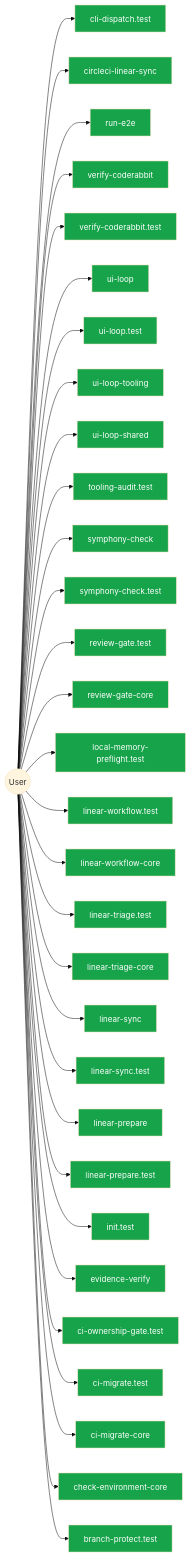
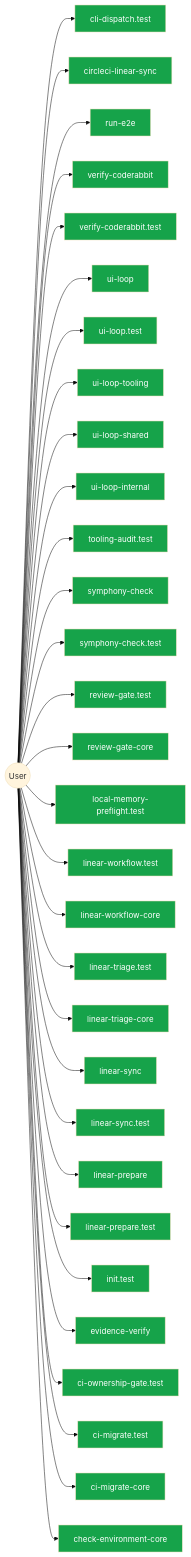
Diagram 14 of 14 in AI/context/diagram-context.md (jscraik/coding-harness), drawn with Mermaid (base theme) before and after one commit. The commit also changed other lines of this file, not shown here.

First line of the commit message:
docs(diagram): refresh architecture context artifacts

````diff
--- a/AI/context/diagram-context.md
+++ b/AI/context/diagram-context.md
@@ -1934,67 +1933,67 @@
 ```mermaid
 flowchart LR
   User(("User"))
   cli_dispatch_test_54c9f17b["cli-dispatch.test"]
   User --> cli_dispatch_test_54c9f17b
   circleci_linear_sync_19c0d6da["circleci-linear-sync"]
   User --> circleci_linear_sync_19c0d6da
   run_e2e_39efe696["run-e2e"]
   User --> run_e2e_39efe696
   verify_coderabbit_490b4e71["verify-coderabbit"]
   User --> verify_coderabbit_490b4e71
   verify_coderabbit_test_46cfcf29["verify-coderabbit.test"]
   User --> verify_coderabbit_test_46cfcf29
   ui_loop_11660889["ui-loop"]
   User --> ui_loop_11660889
   ui_loop_test_f0eabc42["ui-loop.test"]
   User --> ui_loop_test_f0eabc42
   ui_loop_tooling_12b2d2c7["ui-loop-tooling"]
   User --> ui_loop_tooling_12b2d2c7
   ui_loop_shared_8c83b841["ui-loop-shared"]
   User --> ui_loop_shared_8c83b841
+  ui_loop_internal_f2eb8892["ui-loop-internal"]
+  User --> ui_loop_internal_f2eb8892
   tooling_audit_test_d2aee28c["tooling-audit.test"]
   User --> tooling_audit_test_d2aee28c
   symphony_check_e97f2ea0["symphony-check"]
   User --> symphony_check_e97f2ea0
   symphony_check_test_6cb33eb2["symphony-check.test"]
   User --> symphony_check_test_6cb33eb2
   review_gate_test_000e2ed6["review-gate.test"]
   User --> review_gate_test_000e2ed6
   review_gate_core_4c8001f9["review-gate-core"]
   User --> review_gate_core_4c8001f9
   local_memory_preflight_test_5e323bbf["local-memory-preflight.test"]
   User --> local_memory_preflight_test_5e323bbf
   linear_workflow_test_a351dcb0["linear-workflow.test"]
   User --> linear_workflow_test_a351dcb0
   linear_workflow_core_0e19cff4["linear-workflow-core"]
   User --> linear_workflow_core_0e19cff4
   linear_triage_test_1b75a8b8["linear-triage.test"]
   User --> linear_triage_test_1b75a8b8
   linear_triage_core_7cbca73e["linear-triage-core"]
   User --> linear_triage_core_7cbca73e
   linear_sync_a2fa2bf7["linear-sync"]
   User --> linear_sync_a2fa2bf7
   linear_sync_test_da1e1eab["linear-sync.test"]
   User --> linear_sync_test_da1e1eab
   linear_prepare_0c613ba6["linear-prepare"]
   User --> linear_prepare_0c613ba6
   linear_prepare_test_678f11a9["linear-prepare.test"]
   User --> linear_prepare_test_678f11a9
   init_test_cbba76a6["init.test"]
   User --> init_test_cbba76a6
   evidence_verify_3b73c290["evidence-verify"]
   User --> evidence_verify_3b73c290
   ci_ownership_gate_test_7b1c196d["ci-ownership-gate.test"]
   User --> ci_ownership_gate_test_7b1c196d
   ci_migrate_test_2a015bb9["ci-migrate.test"]
   User --> ci_migrate_test_2a015bb9
   ci_migrate_core_7005b5af["ci-migrate-core"]
   User --> ci_migrate_core_7005b5af
   check_environment_core_2c16213f["check-environment-core"]
   User --> check_environment_core_2c16213f
-  branch_protect_test_c8d80aab["branch-protect.test"]
-  User --> branch_protect_test_c8d80aab
   classDef userNode fill:#16a34a,color:#fff
-  class cli_dispatch_test_54c9f17b,circleci_linear_sync_19c0d6da,run_e2e_39efe696,verify_coderabbit_490b4e71,verify_coderabbit_test_46cfcf29,ui_loop_11660889,ui_loop_test_f0eabc42,ui_loop_tooling_12b2d2c7,ui_loop_shared_8c83b841,tooling_audit_test_d2aee28c,symphony_check_e97f2ea0,symphony_check_test_6cb33eb2,review_gate_test_000e2ed6,review_gate_core_4c8001f9,local_memory_preflight_test_5e323bbf,linear_workflow_test_a351dcb0,linear_workflow_core_0e19cff4,linear_triage_test_1b75a8b8,linear_triage_core_7cbca73e,linear_sync_a2fa2bf7,linear_sync_test_da1e1eab,linear_prepare_0c613ba6,linear_prepare_test_678f11a9,init_test_cbba76a6,evidence_verify_3b73c290,ci_ownership_gate_test_7b1c196d,ci_migrate_test_2a015bb9,ci_migrate_core_7005b5af,check_environment_core_2c16213f,branch_protect_test_c8d80aab userNode
+  class cli_dispatch_test_54c9f17b,circleci_linear_sync_19c0d6da,run_e2e_39efe696,verify_coderabbit_490b4e71,verify_coderabbit_test_46cfcf29,ui_loop_11660889,ui_loop_test_f0eabc42,ui_loop_tooling_12b2d2c7,ui_loop_shared_8c83b841,ui_loop_internal_f2eb8892,tooling_audit_test_d2aee28c,symphony_check_e97f2ea0,symphony_check_test_6cb33eb2,review_gate_test_000e2ed6,review_gate_core_4c8001f9,local_memory_preflight_test_5e323bbf,linear_workflow_test_a351dcb0,linear_workflow_core_0e19cff4,linear_triage_test_1b75a8b8,linear_triage_core_7cbca73e,linear_sync_a2fa2bf7,linear_sync_test_da1e1eab,linear_prepare_0c613ba6,linear_prepare_test_678f11a9,init_test_cbba76a6,evidence_verify_3b73c290,ci_ownership_gate_test_7b1c196d,ci_migrate_test_2a015bb9,ci_migrate_core_7005b5af,check_environment_core_2c16213f userNode
 
 ```
````
